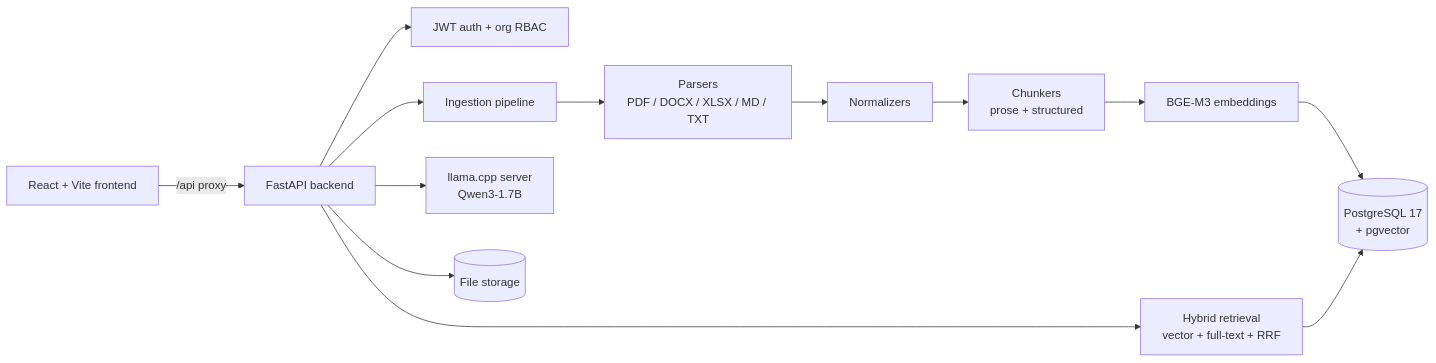
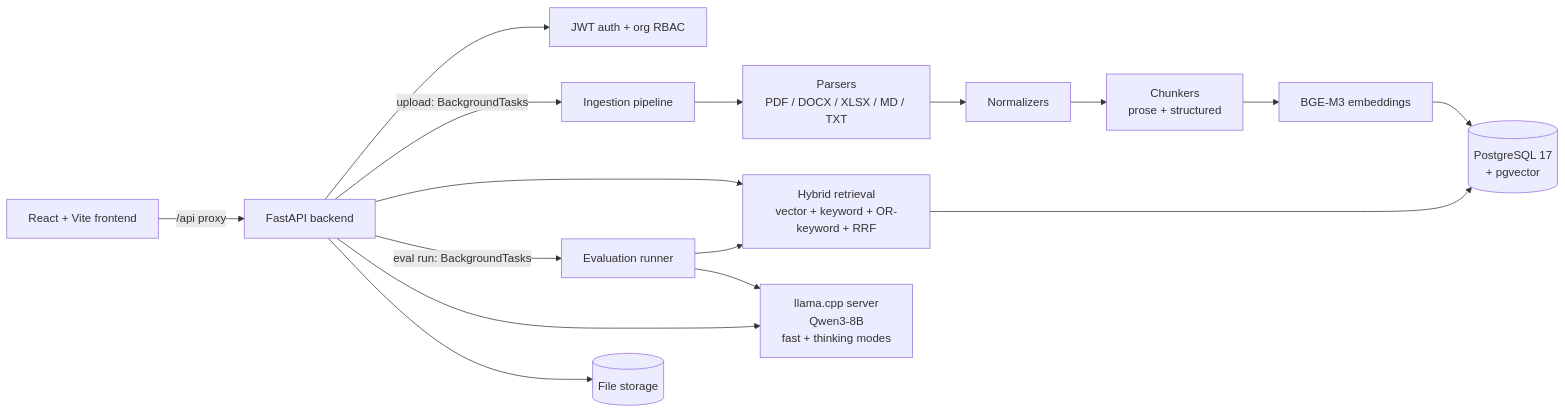
Before and after one commit to Samir-pemi-magar/Docpilot: the diagram in README.md, drawn with Mermaid. The commit also changed other lines of this file and 17 other files, not shown here.

Commit message:
docs: update README, architecture notes and diagrams to match code

````diff
--- a/README.md
+++ b/README.md
@@ -25,15 +27,18 @@
 ```mermaid
 flowchart LR
     UI[React + Vite frontend] -->|/api proxy| API[FastAPI backend]
     API --> AUTH[JWT auth + org RBAC]
-    API --> ING[Ingestion pipeline]
+    API -->|upload: BackgroundTasks| ING[Ingestion pipeline]
     ING --> PARSE[Parsers<br/>PDF / DOCX / XLSX / MD / TXT]
     PARSE --> NORM[Normalizers]
     NORM --> CHUNK[Chunkers<br/>prose + structured]
     CHUNK --> EMB[BGE-M3 embeddings]
     EMB --> PG[(PostgreSQL 17<br/>+ pgvector)]
-    API --> RET[Hybrid retrieval<br/>vector + full-text + RRF]
+    API --> RET[Hybrid retrieval<br/>vector + keyword + OR-keyword + RRF]
     RET --> PG
-    API --> LLM[llama.cpp server<br/>Qwen3-1.7B]
+    API -->|eval run: BackgroundTasks| EVAL[Evaluation runner]
+    EVAL --> RET
+    API --> LLM[llama.cpp server<br/>Qwen3-8B<br/>fast + thinking modes]
+    EVAL --> LLM
     API --> STORE[(File storage)]
 ```
````
